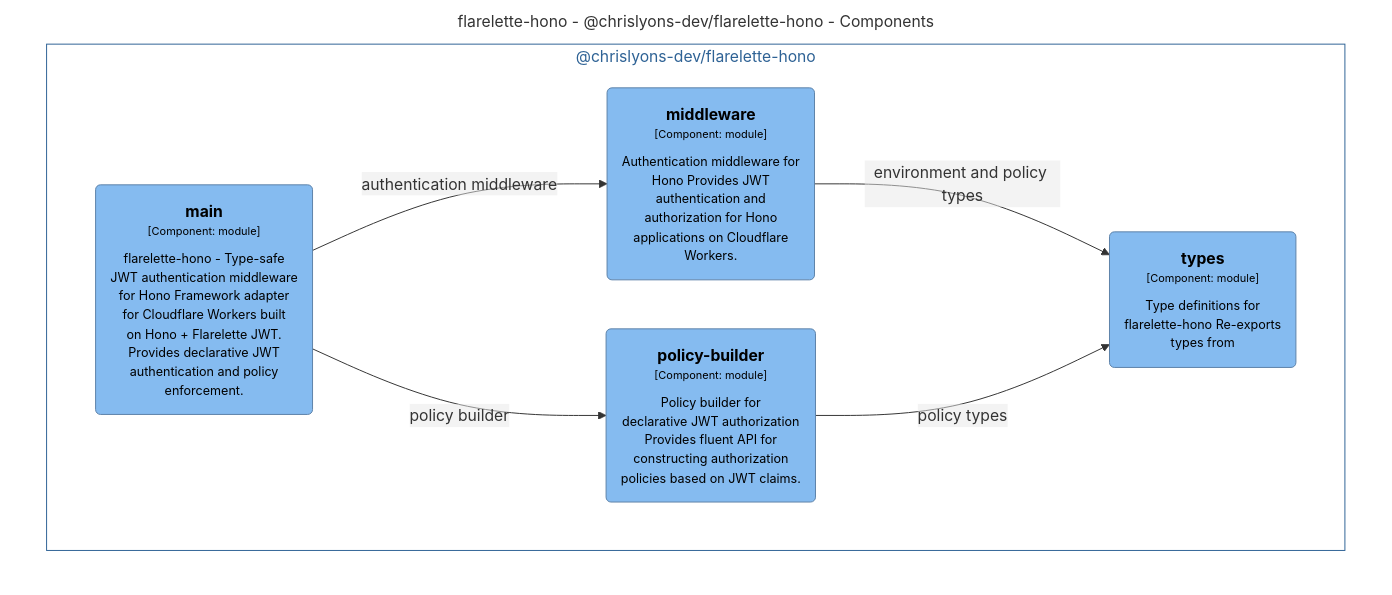
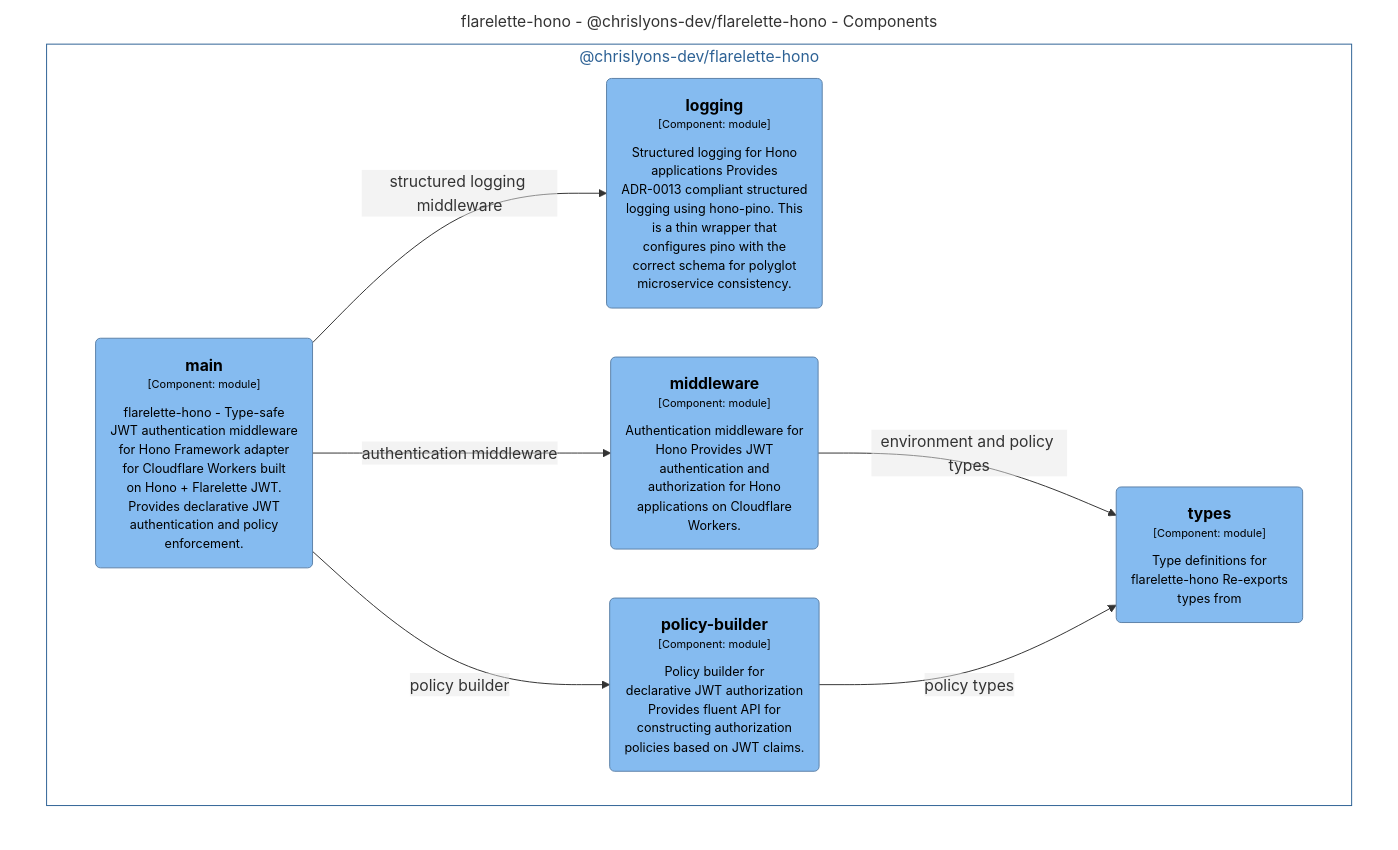
One commit to chrislyons-dev/flarelette-hono changed the diagram in docs/architecture/diagrams/mermaid/structurizr-Components__chrislyons_dev_flarelette_hono.mmd. Above: the diagram before and after it, drawn with Mermaid. The commit also changed 25 other files, not shown here.

Commit message:
feat: add logging module and documentation

```diff
--- a/docs/architecture/diagrams/mermaid/structurizr-Components__chrislyons_dev_flarelette_hono.mmd
+++ b/docs/architecture/diagrams/mermaid/structurizr-Components__chrislyons_dev_flarelette_hono.mmd
@@ -1,24 +1,27 @@
 graph TB
   linkStyle default fill:#ffffff
 
   subgraph diagram ["flarelette-hono - @chrislyons-dev/flarelette-hono - Components"]
     style diagram fill:#ffffff,stroke:#ffffff
 
     subgraph 2 ["@chrislyons-dev/flarelette-hono"]
       style 2 fill:#ffffff,stroke:#2e6295,color:#2e6295
 
       3("<div style='font-weight: bold'>main</div><div style='font-size: 70%; margin-top: 0px'>[Component: module]</div><div style='font-size: 80%; margin-top:10px'>flarelette-hono - Type-safe<br />JWT authentication middleware<br />for Hono Framework adapter<br />for Cloudflare Workers built<br />on Hono + Flarelette JWT.<br />Provides declarative JWT<br />authentication and policy<br />enforcement.</div>")
       style 3 fill:#85bbf0,stroke:#5d82a8,color:#000000
-      4("<div style='font-weight: bold'>middleware</div><div style='font-size: 70%; margin-top: 0px'>[Component: module]</div><div style='font-size: 80%; margin-top:10px'>Authentication middleware for<br />Hono Provides JWT<br />authentication and<br />authorization for Hono<br />applications on Cloudflare<br />Workers.</div>")
+      4("<div style='font-weight: bold'>logging</div><div style='font-size: 70%; margin-top: 0px'>[Component: module]</div><div style='font-size: 80%; margin-top:10px'>Structured logging for Hono<br />applications Provides<br />ADR-0013 compliant structured<br />logging using hono-pino. This<br />is a thin wrapper that<br />configures pino with the<br />correct schema for polyglot<br />microservice consistency.</div>")
       style 4 fill:#85bbf0,stroke:#5d82a8,color:#000000
-      5("<div style='font-weight: bold'>policy-builder</div><div style='font-size: 70%; margin-top: 0px'>[Component: module]</div><div style='font-size: 80%; margin-top:10px'>Policy builder for<br />declarative JWT authorization<br />Provides fluent API for<br />constructing authorization<br />policies based on JWT claims.</div>")
+      5("<div style='font-weight: bold'>middleware</div><div style='font-size: 70%; margin-top: 0px'>[Component: module]</div><div style='font-size: 80%; margin-top:10px'>Authentication middleware for<br />Hono Provides JWT<br />authentication and<br />authorization for Hono<br />applications on Cloudflare<br />Workers.</div>")
       style 5 fill:#85bbf0,stroke:#5d82a8,color:#000000
-      6("<div style='font-weight: bold'>types</div><div style='font-size: 70%; margin-top: 0px'>[Component: module]</div><div style='font-size: 80%; margin-top:10px'>Type definitions for<br />flarelette-hono Re-exports<br />types from</div>")
+      6("<div style='font-weight: bold'>policy-builder</div><div style='font-size: 70%; margin-top: 0px'>[Component: module]</div><div style='font-size: 80%; margin-top:10px'>Policy builder for<br />declarative JWT authorization<br />Provides fluent API for<br />constructing authorization<br />policies based on JWT claims.</div>")
       style 6 fill:#85bbf0,stroke:#5d82a8,color:#000000
+      7("<div style='font-weight: bold'>types</div><div style='font-size: 70%; margin-top: 0px'>[Component: module]</div><div style='font-size: 80%; margin-top:10px'>Type definitions for<br />flarelette-hono Re-exports<br />types from</div>")
+      style 7 fill:#85bbf0,stroke:#5d82a8,color:#000000
     end
 
-    3-- "<div>authentication middleware</div><div style='font-size: 70%'></div>" -->4
-    3-- "<div>policy builder</div><div style='font-size: 70%'></div>" -->5
-    4-- "<div>environment and policy types</div><div style='font-size: 70%'></div>" -->6
-    5-- "<div>policy types</div><div style='font-size: 70%'></div>" -->6
+    3-- "<div>authentication middleware</div><div style='font-size: 70%'></div>" -->5
+    3-- "<div>policy builder</div><div style='font-size: 70%'></div>" -->6
+    3-- "<div>structured logging middleware</div><div style='font-size: 70%'></div>" -->4
+    5-- "<div>environment and policy types</div><div style='font-size: 70%'></div>" -->7
+    6-- "<div>policy types</div><div style='font-size: 70%'></div>" -->7
   end
```
